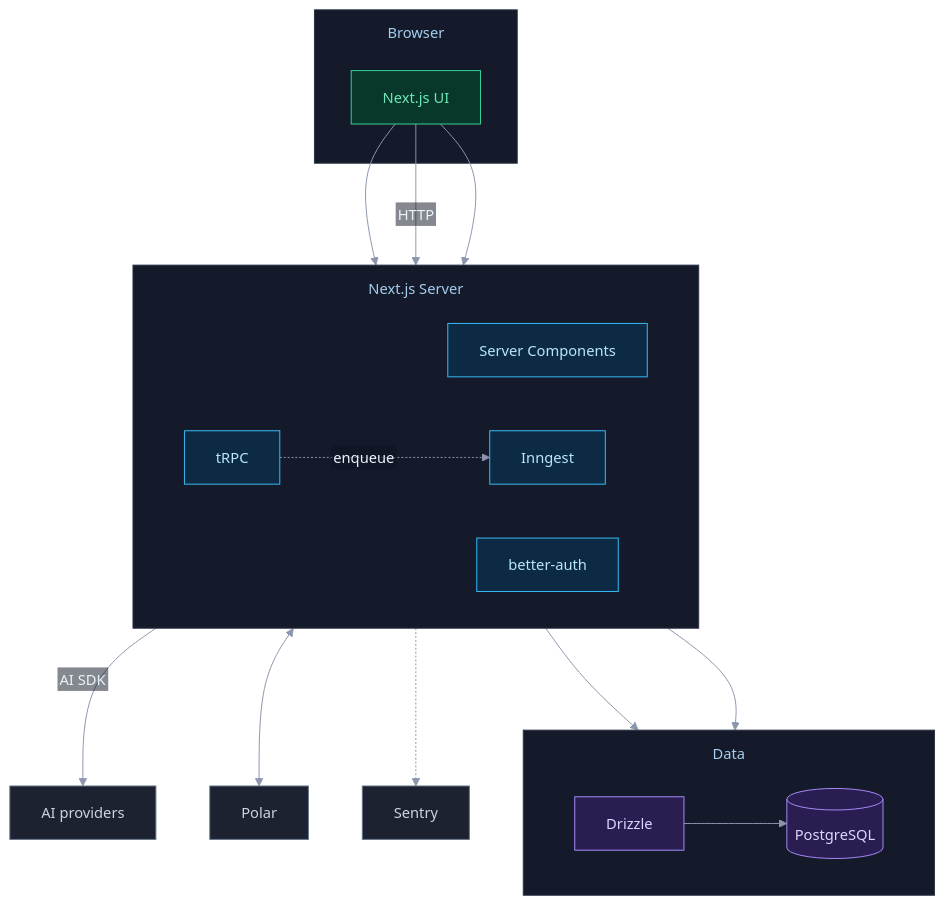
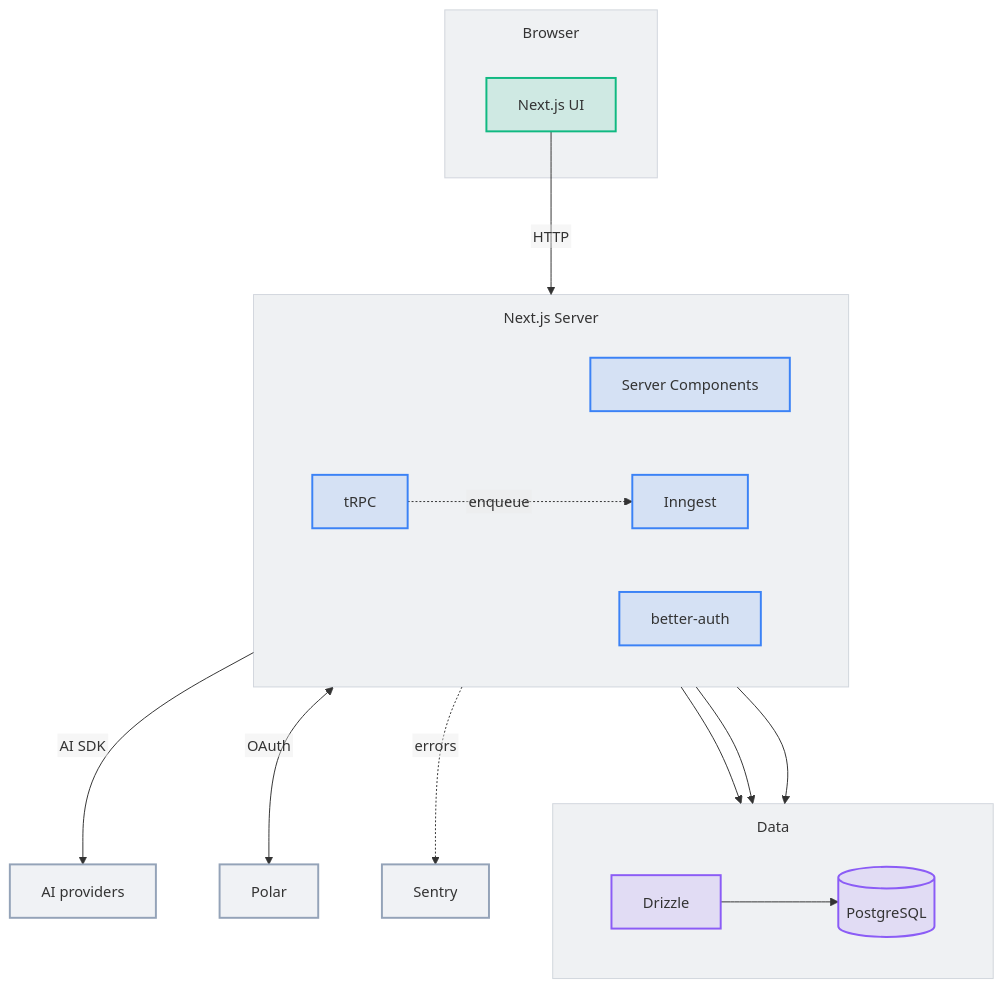
Before and after one commit to alvintoh/aether-flow: the first of 3 diagrams in .claude/skills/arch-diagram/SKILL.md, drawn with Mermaid. The commit also changed other lines of this file and 1 other file, not shown here.

First line of the commit message:
style(arch-diagram): make Mermaid diagrams light/dark adaptive

````diff
--- a/.claude/skills/arch-diagram/SKILL.md
+++ b/.claude/skills/arch-diagram/SKILL.md
@@ -80,40 +81,39 @@
 ```mermaid
-%%{init: {'flowchart':{'htmlLabels':false,'padding':16,'nodeSpacing':55,'rankSpacing':80,'curve':'basis','subGraphTitleMargin':{'top':14,'bottom':8}},'theme':'base','themeVariables':{'darkMode':true,'background':'#0d1220','fontSize':'15px','primaryColor':'#0c2a44','primaryBorderColor':'#38bdf8','primaryTextColor':'#eaf2fb','lineColor':'#8b95ad','clusterBkg':'#141a2a','clusterBorder':'#2a3346','clusterTextColor':'#c3ccdc','edgeLabelBackground':'#0d1220'}}}%%
+%%{init: {'flowchart':{'htmlLabels':false,'padding':16,'nodeSpacing':65,'rankSpacing':95,'curve':'basis','subGraphTitleMargin':{'top':14,'bottom':8}},'themeVariables':{'fontSize':'15px','clusterBkg':'#64748b1a','clusterBorder':'#64748b40'}}}%%
 flowchart TB
-  classDef accent fill:#07382b,stroke:#34d399,color:#6ee7b7
-  classDef app fill:#0c2a44,stroke:#38bdf8,color:#bae6fd
-  classDef data fill:#2a1d52,stroke:#a78bfa,color:#ddd6fe
-  classDef external fill:#1c2230,stroke:#64748b,color:#cbd5e1
+  classDef accent stroke:#10b981,stroke-width:2px,fill:#10b98124
+  classDef app stroke:#3b82f6,stroke-width:2px,fill:#3b82f624
+  classDef data stroke:#8b5cf6,stroke-width:2px,fill:#8b5cf624
+  classDef external stroke:#94a3b8,stroke-width:2px,fill:#94a3b824
   subgraph Browser
     UI["Next.js UI"]
   end
   subgraph Server["Next.js Server"]
     direction LR
     RSC["Server Components"]
     TRPC["tRPC"]
     AUTH["better-auth"]
     JOBS["Inngest"]
   end
   subgraph Data
     direction LR
     ORM["Drizzle"]
     PG[("PostgreSQL")]
   end
   AI["AI providers"]
   POLAR["Polar"]
   SENTRY["Sentry"]
-  UI --> RSC
   UI -->|HTTP| TRPC
-  UI --> AUTH
+  RSC --> ORM
   TRPC --> ORM
   AUTH --> ORM
   ORM --> PG
   TRPC -. enqueue .-> JOBS
   JOBS -->|AI SDK| AI
-  AUTH <--> POLAR
-  RSC -.-> SENTRY
+  AUTH <-->|OAuth| POLAR
+  RSC -. errors .-> SENTRY
   class UI accent
   class RSC,TRPC,AUTH,JOBS app
   class ORM,PG data
   class AI,POLAR,SENTRY external
 ```
````
